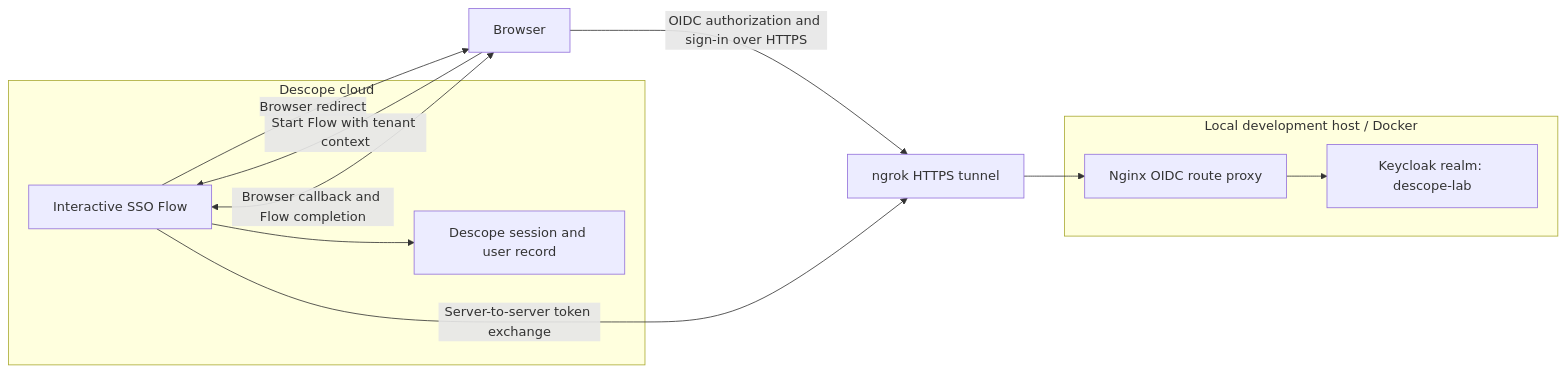
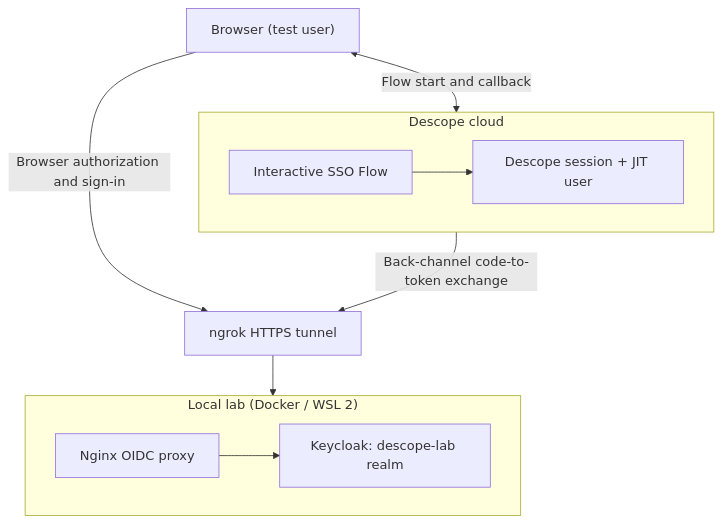
The diagram in diagrams/architecture.mmd (michael-k-levesque/keycloak-descope-oidc-documentation), drawn with Mermaid before and after one commit.

Commit message:
docs: reflow architecture diagram for readable GitHub display

```diff
--- a/diagrams/architecture.mmd
+++ b/diagrams/architecture.mmd
@@ -1,17 +1,19 @@
-flowchart LR
-  subgraph Cloud[Descope cloud]
-    F[Interactive SSO Flow]
-    S[Descope session and user record]
+flowchart TB
+  B["Browser (test user)"]
+  subgraph Cloud["Descope cloud"]
+    direction LR
+    F["Interactive SSO Flow"]
+    S["Descope session + JIT user"]
     F --> S
   end
-  subgraph Local[Local development host / Docker]
-    N[Nginx OIDC route proxy]
-    K[Keycloak realm: descope-lab]
+  T["ngrok HTTPS tunnel"]
+  subgraph Local["Local lab (Docker / WSL 2)"]
+    direction LR
+    N["Nginx OIDC proxy"]
+    K["Keycloak: descope-lab realm"]
     N --> K
   end
-  B[Browser] -->|Start Flow with tenant context| F
-  F -->|Browser redirect| B
-  B -->|OIDC authorization and sign-in over HTTPS| T[ngrok HTTPS tunnel]
-  F -->|Server-to-server token exchange| T
+  B <-->|"Flow start and callback"| F
+  B -->|"Browser authorization and sign-in"| T
+  F -->|"Back-channel code-to-token exchange"| T
   T --> N
-  B <-->|Browser callback and Flow completion| F
```
